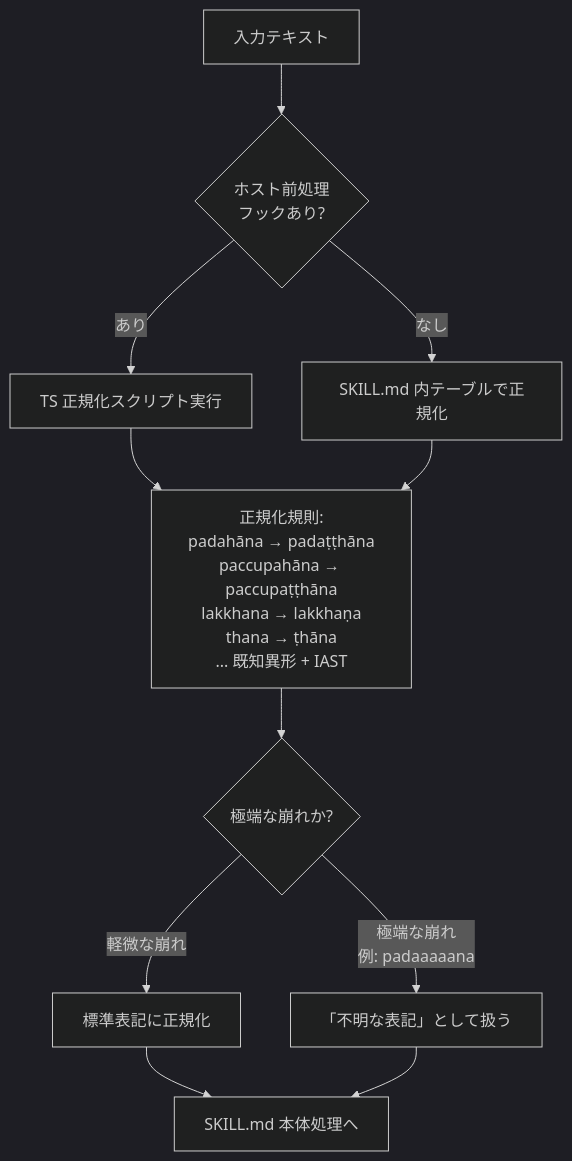
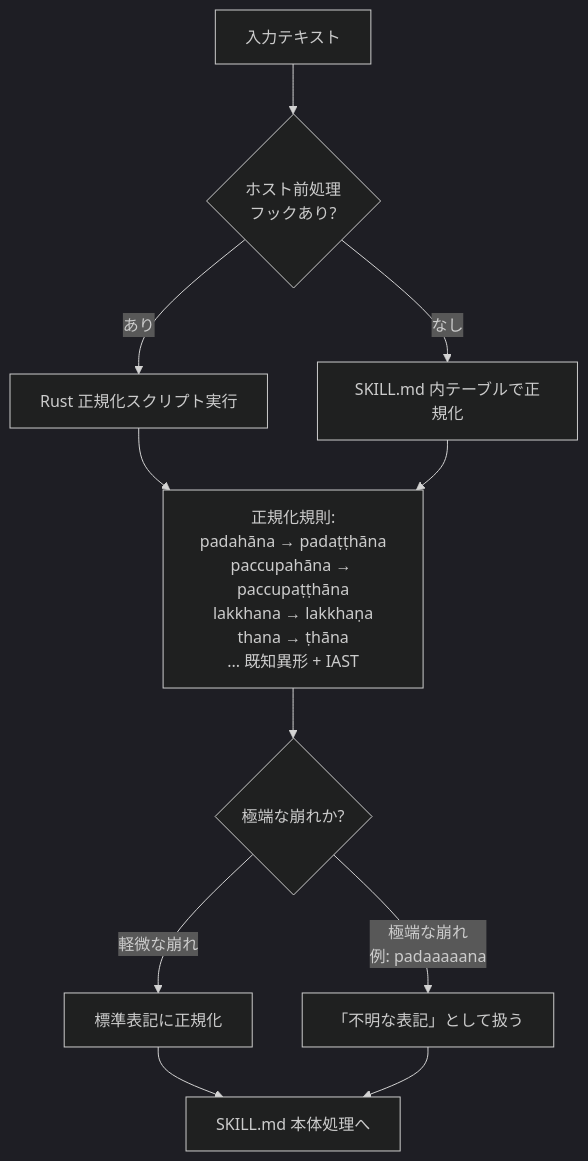
One commit to seiei-sogen/lakkhanadi-catukka-analytics changed the sixth of 10 diagrams in docs/design/lakkhanadi-catukka-analytics-requirements/dataflow.md. Above: the diagram before and after it, drawn with Mermaid (dark theme). The commit also changed other lines of this file and 30 other files, not shown here.

````diff
--- a/docs/design/lakkhanadi-catukka-analytics-requirements/dataflow.md
+++ b/docs/design/lakkhanadi-catukka-analytics-requirements/dataflow.md
@@ -153,16 +153,16 @@
 ```mermaid
 flowchart TD
     I[入力テキスト] --> H{ホスト前処理<br/>フックあり?}
-    H -->|あり| TS[TS 正規化スクリプト実行]
+    H -->|あり| TS[Rust 正規化スクリプト実行]
     H -->|なし| MD[SKILL.md 内テーブルで正規化]
 
     TS --> R1[正規化規則:<br/>padahāna → padaṭṭhāna<br/>paccupahāna → paccupaṭṭhāna<br/>lakkhana → lakkhaṇa<br/>thana → ṭhāna<br/>... 既知異形 + IAST]
     MD --> R1
 
     R1 --> N{極端な崩れか?}
     N -->|軽微な崩れ| OK[標準表記に正規化]
     N -->|極端な崩れ<br/>例: padaaaaana| FB[「不明な表記」として扱う]
 
     OK --> S[SKILL.md 本体処理へ]
     FB --> S
 ```
````
